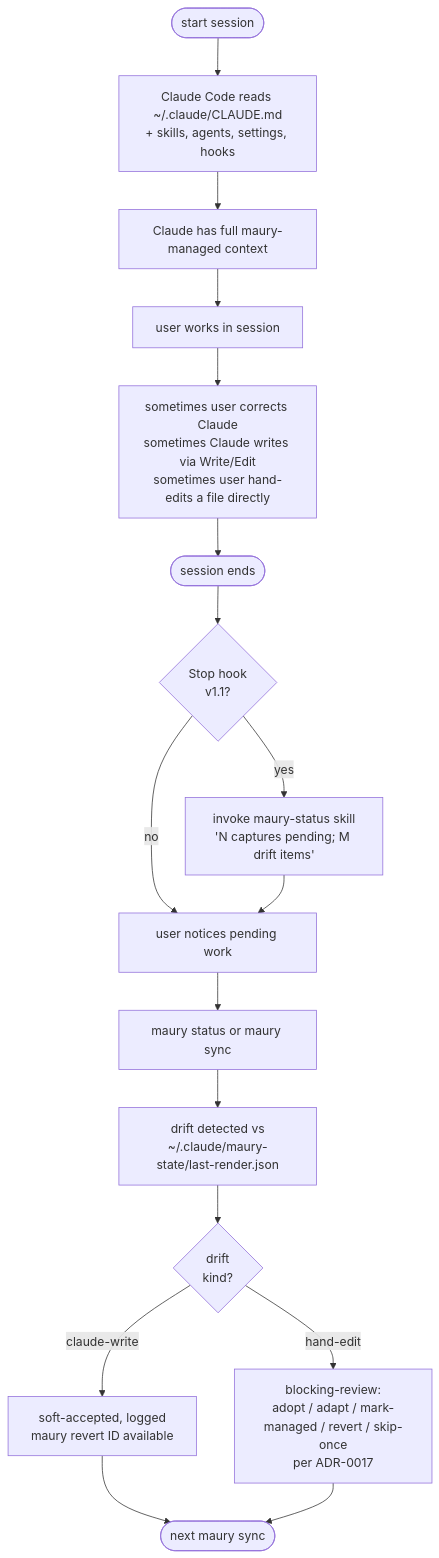
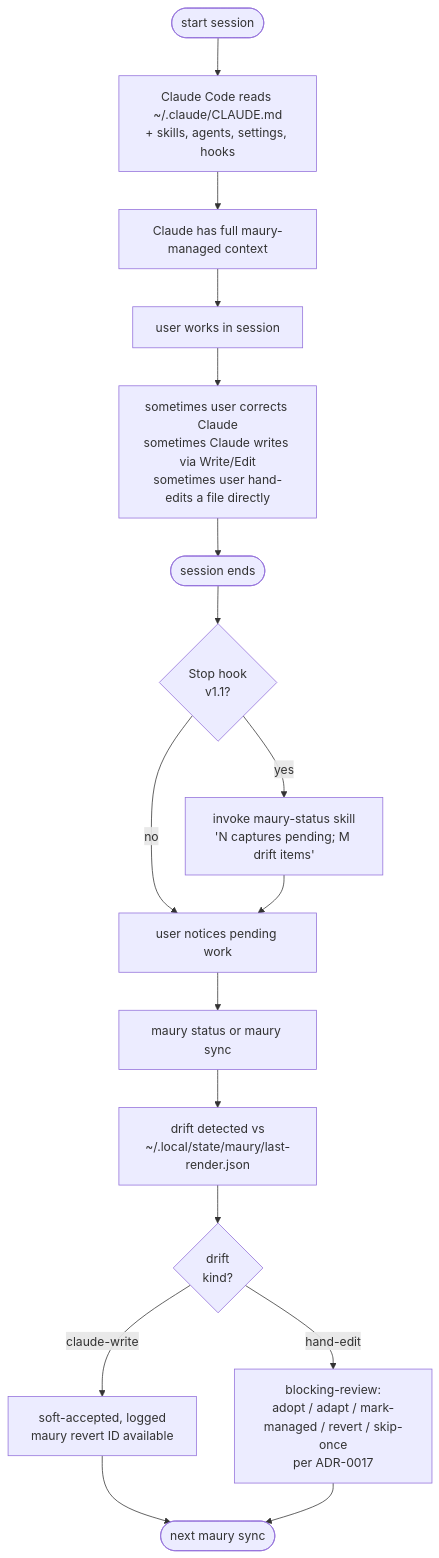
One commit to csmarshall/maury changed the second of 4 diagrams in docs/workflow.md. Above: the diagram before and after it, drawn with Mermaid. The commit also changed other lines of this file and 31 other files, not shown here.

````diff
--- a/docs/workflow.md
+++ b/docs/workflow.md
@@ -60,19 +60,19 @@
 ```mermaid
 flowchart TD
     Start([start session]) --> Read[Claude Code reads ~/.claude/CLAUDE.md<br/>+ skills, agents, settings, hooks]
     Read --> Context[Claude has full maury-managed context]
     Context --> Work[user works in session]
     Work --> Edits[sometimes user corrects Claude<br/>sometimes Claude writes via Write/Edit<br/>sometimes user hand-edits a file directly]
     Edits --> End([session ends])
     End --> Hook{Stop hook<br/>v1.1?}
     Hook -->|yes| Status["invoke maury-status skill<br/>'N captures pending; M drift items'"]
     Hook -->|no| Manual
     Status --> Manual[user notices pending work]
     Manual --> RunSync[maury status or maury sync]
-    RunSync --> Drift[drift detected vs<br/>~/.claude/maury-state/last-render.json]
+    RunSync --> Drift[drift detected vs<br/>~/.local/state/maury/last-render.json]
     Drift --> Kind{drift<br/>kind?}
     Kind -->|claude-write| Soft[soft-accepted, logged<br/>maury revert ID available]
     Kind -->|hand-edit| Menu[blocking-review:<br/>adopt / adapt / mark-managed / revert / skip-once<br/>per ADR-0017]
     Soft --> Sync2([next maury sync])
     Menu --> Sync2
 ```
````
